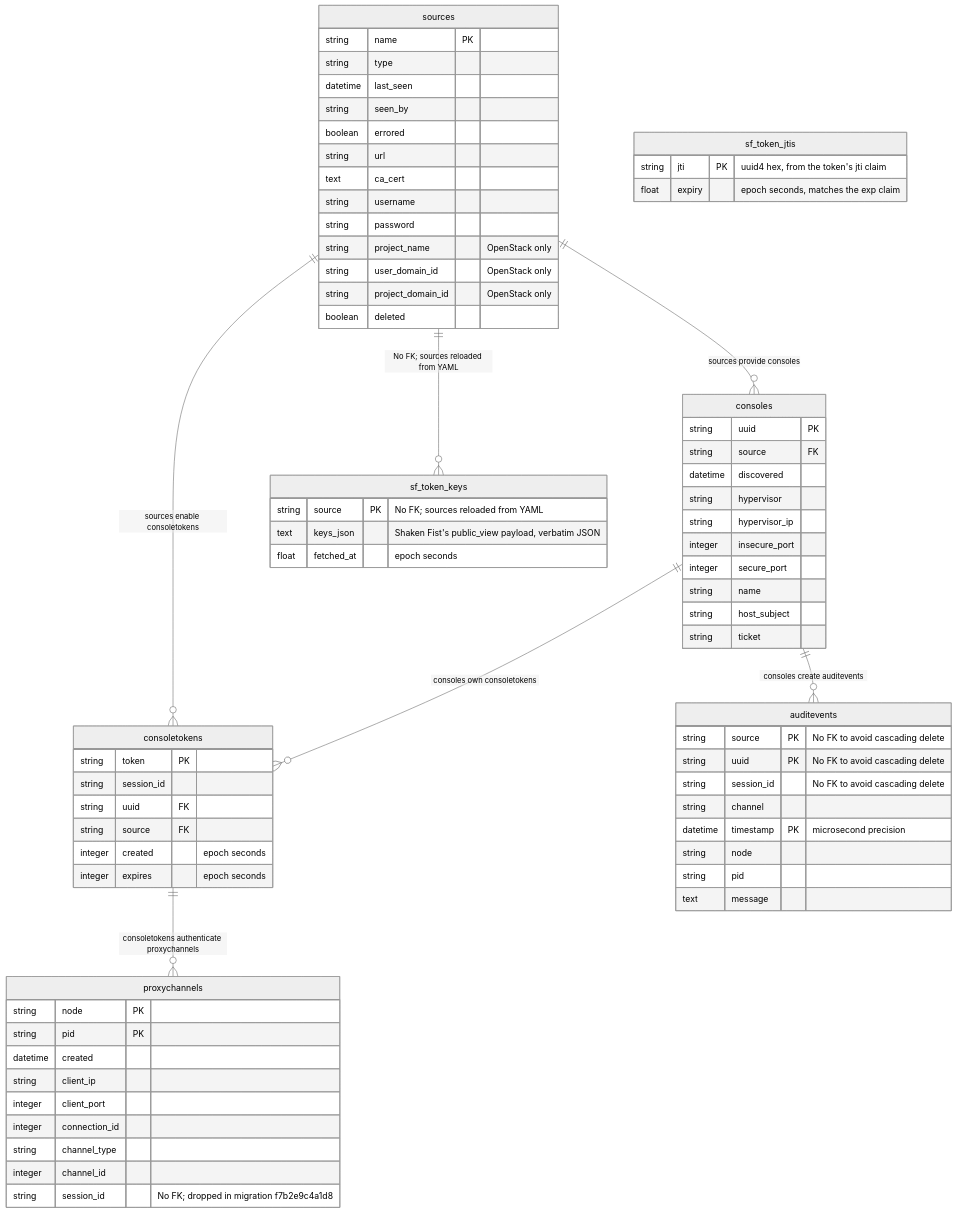
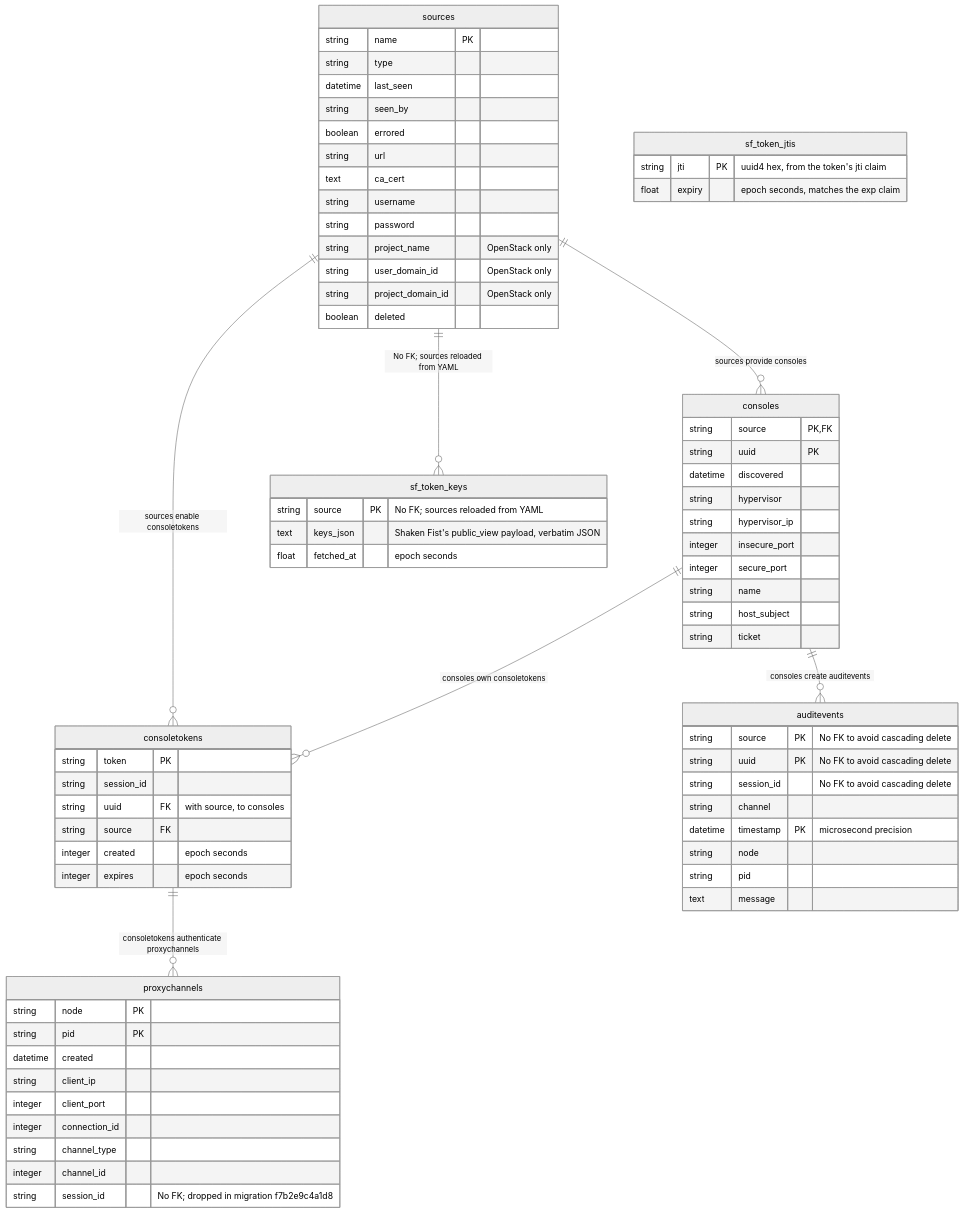
The diagram in docs/schema.md (shakenfist/kerbside), drawn with Mermaid (neutral theme) before and after one commit. The commit also changed other lines of this file and 6 other files, not shown here.

````diff
--- a/docs/schema.md
+++ b/docs/schema.md
@@ -7,80 +7,80 @@
 ```mermaid
 erDiagram
     sources {
         string name PK
         string type
         datetime last_seen
         string seen_by
         boolean errored
         string url
         text ca_cert
         string username
         string password
         string project_name "OpenStack only"
         string user_domain_id "OpenStack only"
         string project_domain_id "OpenStack only"
         boolean deleted
     }
 
     sources ||--o{ consoles : "sources provide consoles"
     consoles {
+        string source PK, FK
         string uuid PK
-        string source FK
         datetime discovered
         string hypervisor
         string hypervisor_ip
         integer insecure_port
         integer secure_port
         string name
         string host_subject
         string ticket
     }
 
     sources ||--o{ consoletokens: "sources enable consoletokens"
     consoles ||--o{ consoletokens: "consoles own consoletokens"
     consoletokens {
         string token PK
         string session_id
-        string uuid FK
+        string uuid FK "with source, to consoles"
         string source FK
         integer created "epoch seconds"
         integer expires "epoch seconds"
     }
 
     consoletokens ||--o{ proxychannels: "consoletokens authenticate proxychannels"
     proxychannels {
         string node PK
         string pid PK
         datetime created
         string client_ip
         integer client_port
         integer connection_id
         string channel_type
         integer channel_id
         string session_id "No FK; dropped in migration f7b2e9c4a1d8"
     }
 
     consoles ||--o{ auditevents: "consoles create auditevents"
     auditevents {
         string source PK "No FK to avoid cascading delete"
         string uuid PK "No FK to avoid cascading delete"
         string session_id "No FK to avoid cascading delete"
         string channel
         datetime timestamp PK "microsecond precision"
         string node
         string pid
         text message
     }
 
     sf_token_jtis {
         string jti PK "uuid4 hex, from the token's jti claim"
         float expiry "epoch seconds, matches the exp claim"
     }
 
     sources ||--o{ sf_token_keys: "No FK; sources reloaded from YAML"
     sf_token_keys {
         string source PK "No FK; sources reloaded from YAML"
         text keys_json "Shaken Fist's public_view payload, verbatim JSON"
         float fetched_at "epoch seconds"
     }
 ```
````
